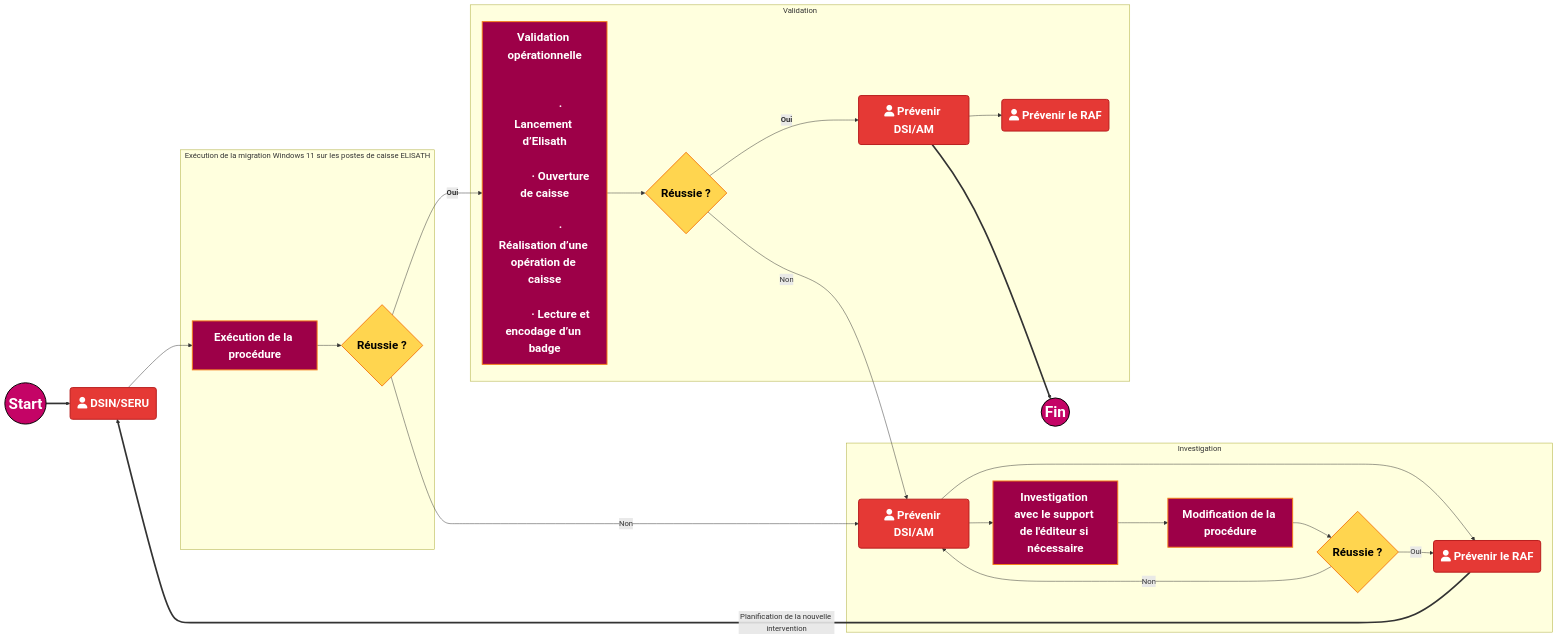
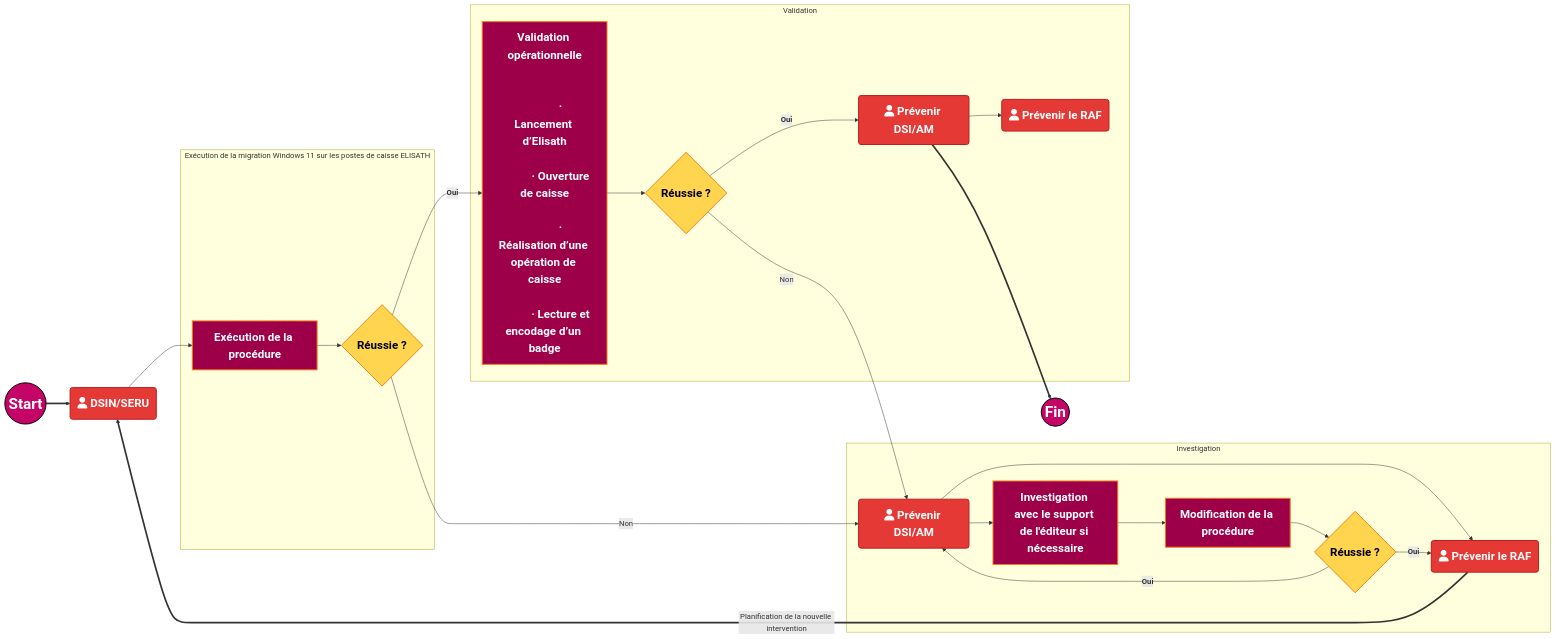
Before and after one commit to fdadda/iodraw-files: the diagram in all/Flux de validation.md, drawn with Mermaid.

Commit message:
2026-05-12 12:17:35 update

````diff
--- a/all/Flux de validation.md
+++ b/all/Flux de validation.md
@@ -1,62 +1,62 @@
 ```mermaid
 flowchart LR
 
     start((Start)) ==> A
     A(fa:fa-user DSIN/SERU) --> B[Exécution de la procédure]
 
     subgraph Exécution de la migration Windows 11 sur les postes de caisse ELISATH
         B --> C{Réussie ?}
     end
 
     subgraph Validation
         C -->|<b>Oui</b>| D["Validation opérationnelle<br/><br/>
             · Lancement d’Elisath<br/>
             · Ouverture de caisse<br/>
             · Réalisation d’une opération de caisse<br/>
             · Lecture et encodage d’un badge"]
 
         D --> Val{Réussie ?}
 
         Val -->|<b>Oui</b>| PrevDSI(fa:fa-user Prévenir DSI/AM)
        
        
         PrevDSI  --> PrevRAF(fa:fa-user Prévenir le RAF)
     end
      PrevDSI ==> fin((Fin))
     Val --> |Non| E
     subgraph Investigation
         C -->|Non| E(fa:fa-user Prévenir DSI/AM)
         E --> F(fa:fa-user Prévenir le RAF)
         E --> G[Investigation avec le support de l'éditeur si nécessaire]
         G --> H[Modification de la procédure]
         H --> I{Réussie ?}
-        I -->|Oui| F
-        I -->|Non| E
+        I -->|<b>Oui</b>| F
+        I -->|<b>Oui</b>| E
     end
 
     F ==>|Planification de la nouvelle intervention| A
 
     %% --- STYLES ---
     classDef StartEndPoint  fill:#c40466,stroke:#000,color:#fff,stroke-width:2px,font-size:32px,font-weight:bold;
     classDef Decision       fill:#ffd54f,stroke:#f57f17,color:#000,stroke-width:2px,font-size:24px,font-weight:bold;
     classDef Action         fill:#9d0048,stroke:#f57f17,color:#fff,stroke-width:2px,font-size:24px,font-weight:bold;
     classDef Error          fill:#e53935,stroke:#b71c1c,color:#fff,stroke-width:2px,font-size:24px,font-weight:bold;
 
     %% --- AFFECTATION DES CLASSES ---
     class start,fin StartEndPoint;
     class C,I,Val Decision;
     class A,E,F,PrevDSI,PrevRAF Error;
     class B,D,G,H Action;
     %% --- “CEINTURE + BRETELLES” (force le style sur les 2 nœuds) ---
     %%style start font-size:32px,font-weight:bold
     %%style fin   font-size:32px,font-weight:bold
 
     %% --- Codes couleur (commentaires) ---
     %% Bleu marine #000080
     %% Midnight blue #191970
     %% Bleu foncé intense #080F70
     %% Bleu foncé moderne #111184
     %% Orange #ffd54f
     %% Rouge #e53935
     %% Rose CAPI #c40466
 ```
````
